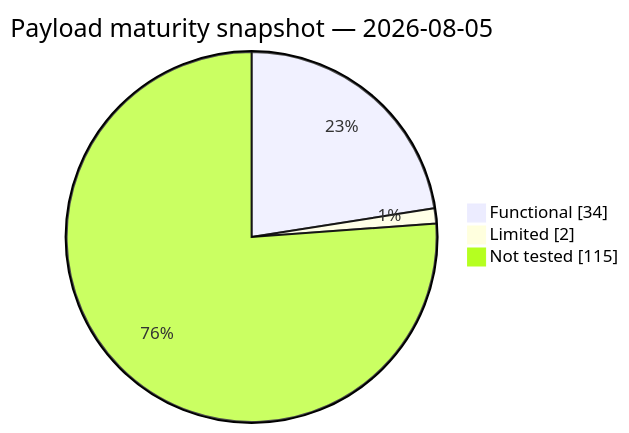
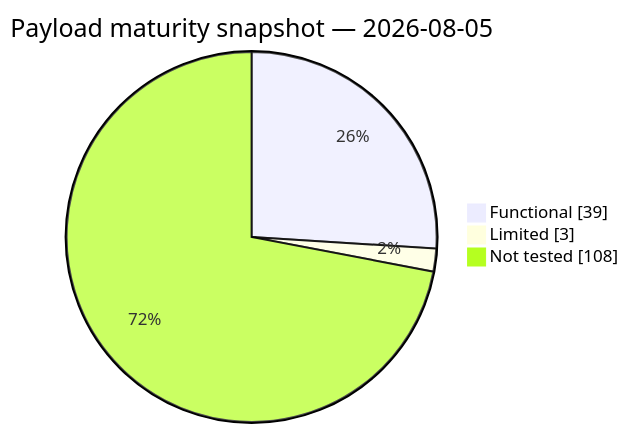
Before and after one commit to kanedasec/citypop: the second of 2 diagrams in docs/ROADMAP.md, drawn with Mermaid. The commit also changed other lines of this file and 6 other files, not shown here.

````diff
--- a/docs/ROADMAP.md
+++ b/docs/ROADMAP.md
@@ -83,7 +84,7 @@
 ```mermaid
 pie showData
     title Payload maturity snapshot — 2026-08-05
-    "Functional" : 34
-    "Limited" : 2
-    "Not tested" : 115
+    "Functional" : 39
+    "Limited" : 3
+    "Not tested" : 108
 ```
````
